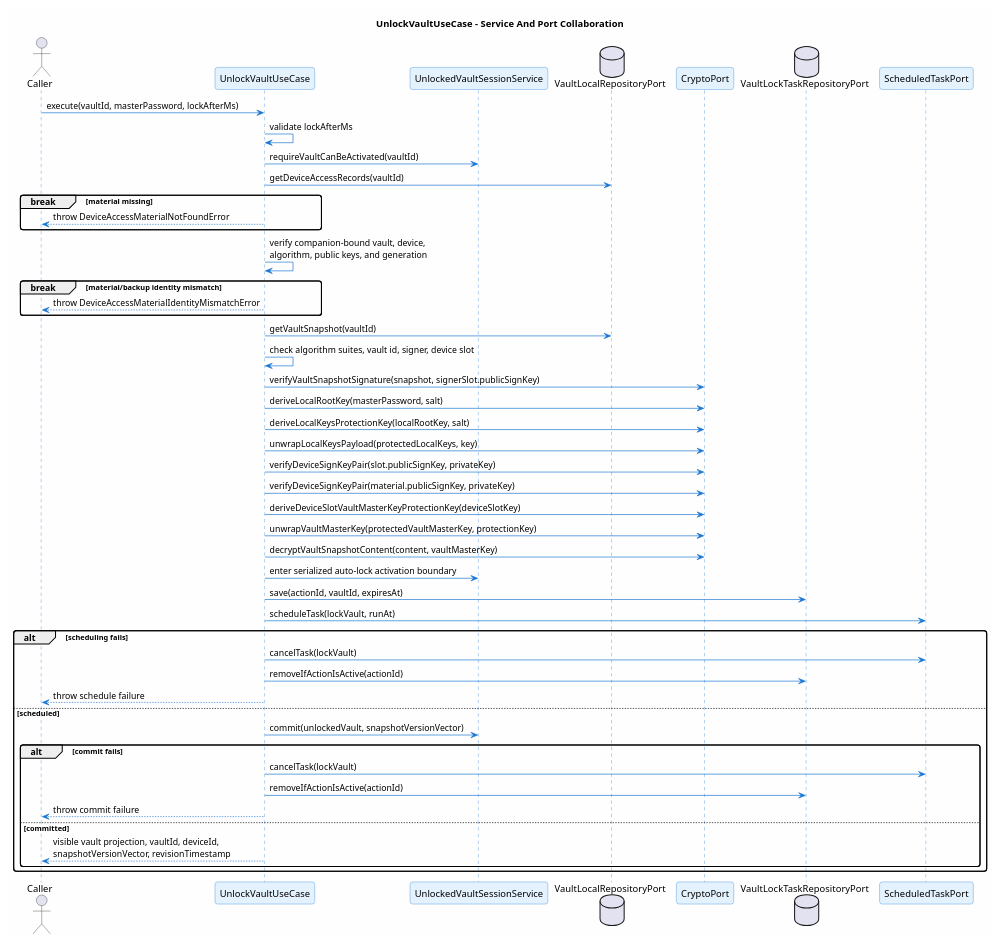
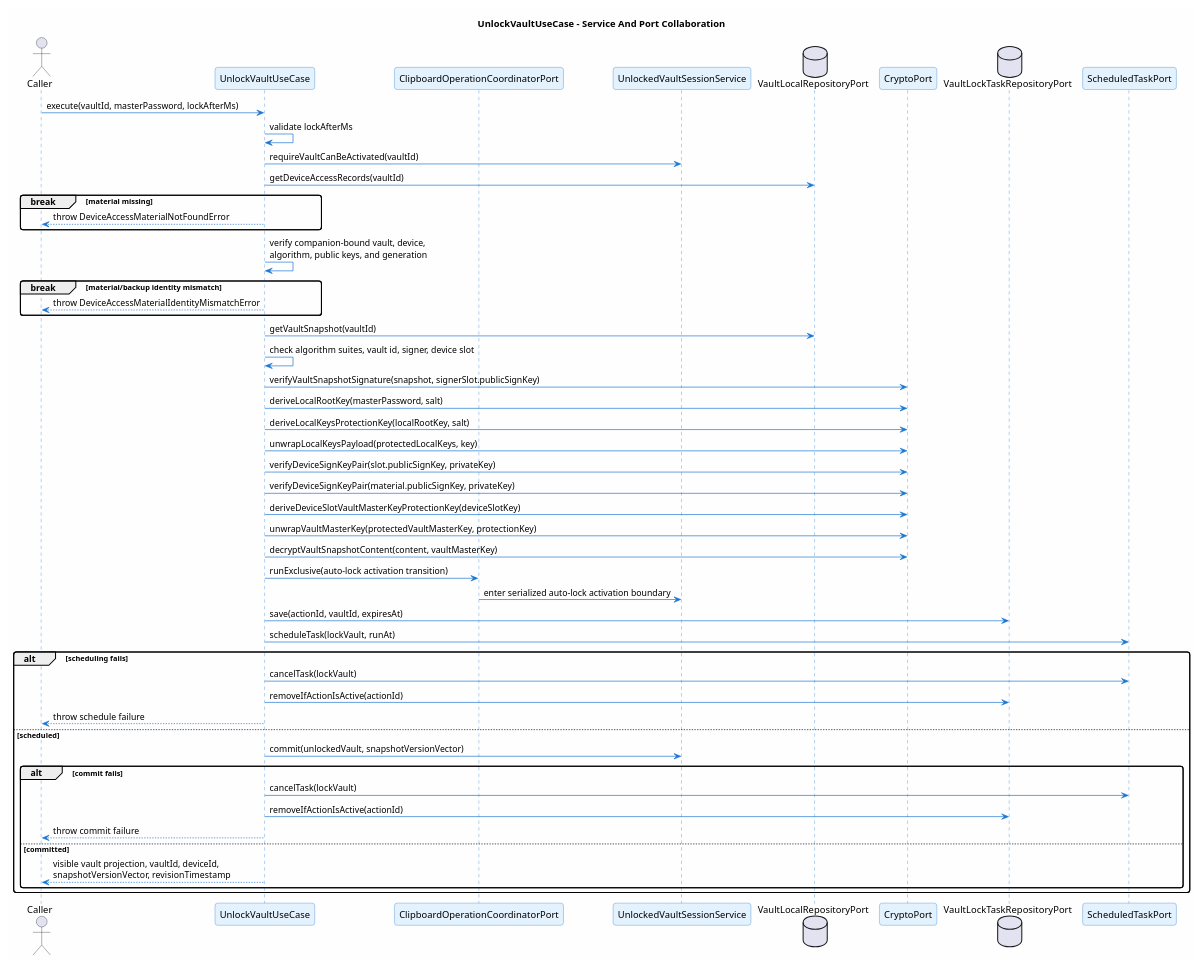
The diagram in docs/v1/use-case/vault-lifecycle/unlock-vault.sequence.puml (ArionStudio/engr-serverless-pm), drawn with PlantUML before and after one commit. The commit also changed 33 other files, not shown here.

```diff
--- a/docs/v1/use-case/vault-lifecycle/unlock-vault.sequence.puml
+++ b/docs/v1/use-case/vault-lifecycle/unlock-vault.sequence.puml
@@ -1,62 +1,64 @@
 @startuml unlock-vault-sequence
 title UnlockVaultUseCase - Service And Port Collaboration
 
 skinparam backgroundColor #FEFEFE
 skinparam roundcorner 8
 skinparam shadowing false
 skinparam sequence {
   ArrowColor #1976D2
   LifeLineBorderColor #1976D2
   ParticipantBackgroundColor #E3F2FD
   ParticipantBorderColor #1976D2
 }
 
 actor Caller
 participant "UnlockVaultUseCase" as UC
+participant "ClipboardOperationCoordinatorPort" as Coordinator
 participant "UnlockedVaultSessionService" as Session
 database "VaultLocalRepositoryPort" as LocalRepo
 participant "CryptoPort" as Crypto
 database "VaultLockTaskRepositoryPort" as LockRepo
 participant "ScheduledTaskPort" as Tasks
 
 Caller -> UC : execute(vaultId, masterPassword, lockAfterMs)
 UC -> UC : validate lockAfterMs
 UC -> Session : requireVaultCanBeActivated(vaultId)
 UC -> LocalRepo : getDeviceAccessRecords(vaultId)
 break material missing
   UC --> Caller : throw DeviceAccessMaterialNotFoundError
 end
 UC -> UC : verify companion-bound vault, device,\nalgorithm, public keys, and generation
 break material/backup identity mismatch
   UC --> Caller : throw DeviceAccessMaterialIdentityMismatchError
 end
 UC -> LocalRepo : getVaultSnapshot(vaultId)
 UC -> UC : check algorithm suites, vault id, signer, device slot
 UC -> Crypto : verifyVaultSnapshotSignature(snapshot, signerSlot.publicSignKey)
 UC -> Crypto : deriveLocalRootKey(masterPassword, salt)
 UC -> Crypto : deriveLocalKeysProtectionKey(localRootKey, salt)
 UC -> Crypto : unwrapLocalKeysPayload(protectedLocalKeys, key)
 UC -> Crypto : verifyDeviceSignKeyPair(slot.publicSignKey, privateKey)
 UC -> Crypto : verifyDeviceSignKeyPair(material.publicSignKey, privateKey)
 UC -> Crypto : deriveDeviceSlotVaultMasterKeyProtectionKey(deviceSlotKey)
 UC -> Crypto : unwrapVaultMasterKey(protectedVaultMasterKey, protectionKey)
 UC -> Crypto : decryptVaultSnapshotContent(content, vaultMasterKey)
-UC -> Session : enter serialized auto-lock activation boundary
+UC -> Coordinator : runExclusive(auto-lock activation transition)
+Coordinator -> Session : enter serialized auto-lock activation boundary
 UC -> LockRepo : save(actionId, vaultId, expiresAt)
 UC -> Tasks : scheduleTask(lockVault, runAt)
 alt scheduling fails
   UC -> Tasks : cancelTask(lockVault)
   UC -> LockRepo : removeIfActionIsActive(actionId)
   UC --> Caller : throw schedule failure
 else scheduled
   UC -> Session : commit(unlockedVault, snapshotVersionVector)
   alt commit fails
     UC -> Tasks : cancelTask(lockVault)
     UC -> LockRepo : removeIfActionIsActive(actionId)
     UC --> Caller : throw commit failure
   else committed
     UC --> Caller : visible vault projection, vaultId, deviceId,\nsnapshotVersionVector, revisionTimestamp
   end
 end
 
 @enduml
```
